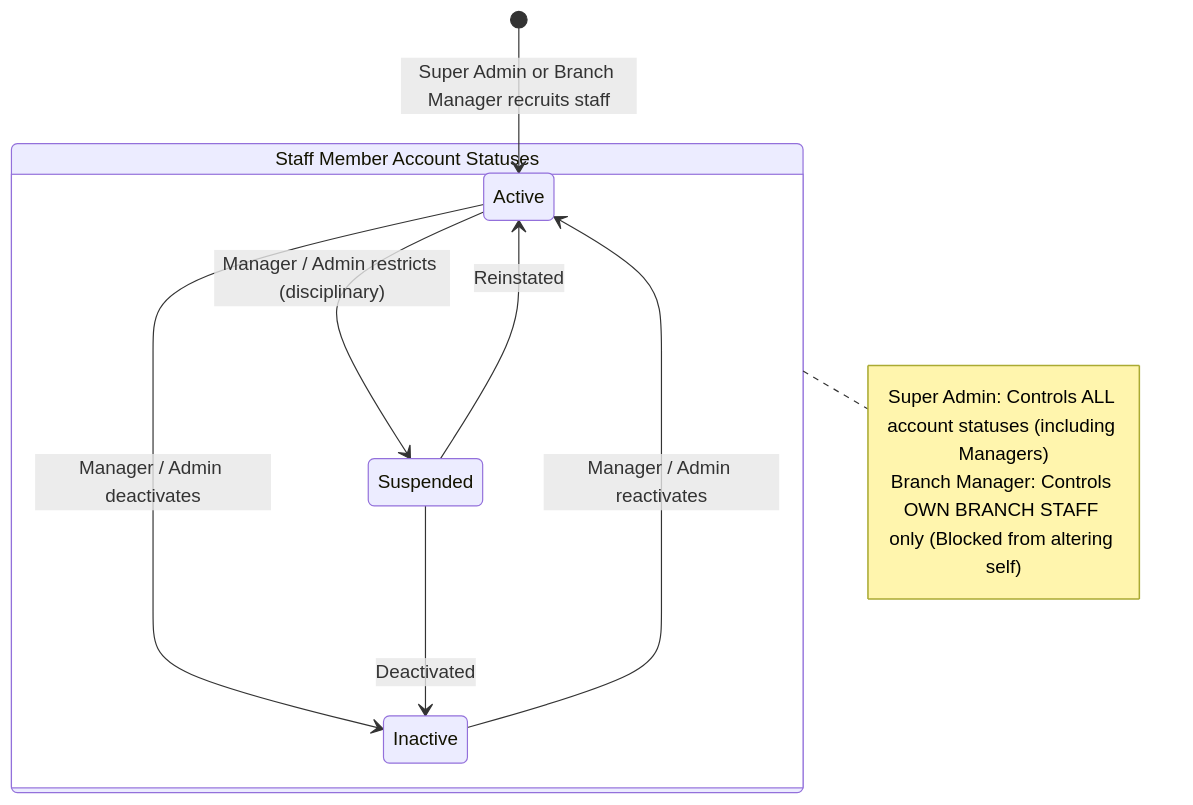
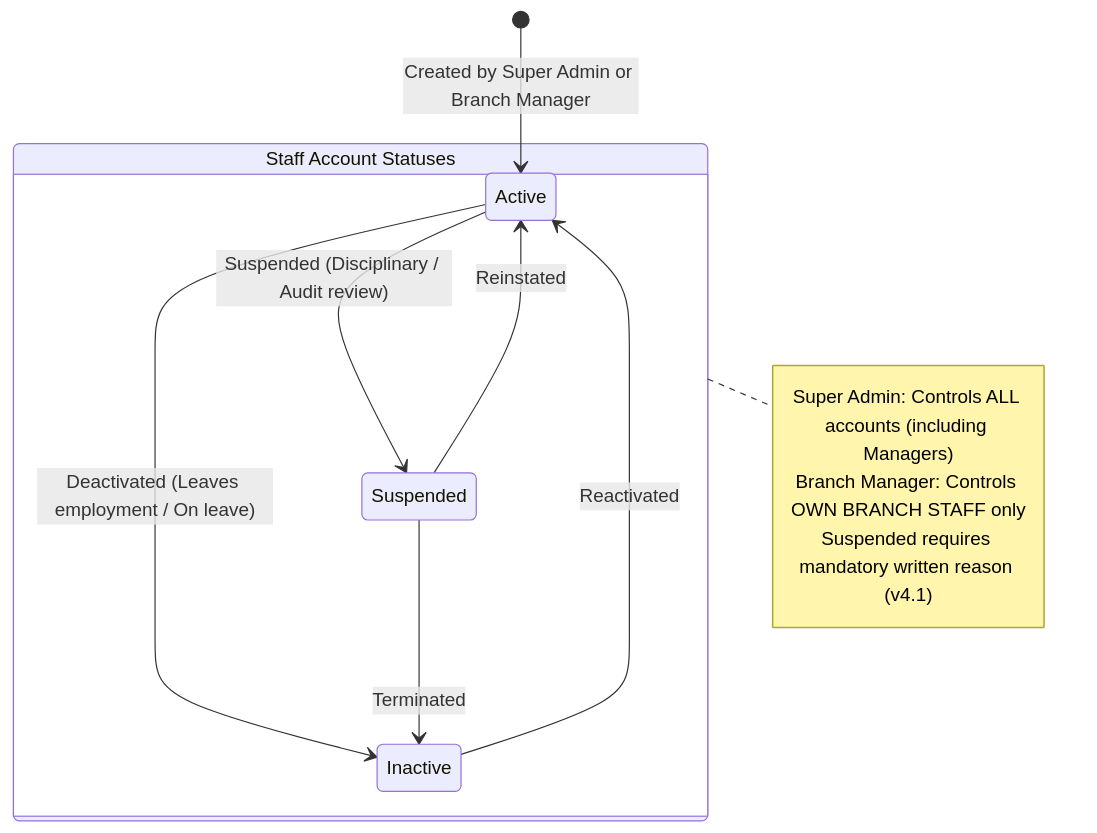
The fourth of 7 diagrams in SYSTEM_DOCUMENTATION.md (niga-star/Kenean-Cake-and-bread-), drawn with Mermaid before and after one commit. The commit also changed other lines of this file, not shown here.

Commit message:
Update SYSTEM_DOCUMENTATION to v4.1 Revised: 14 defect resolutions, dispatch engine, 2-factor tracking, RBAC matrix, and schema enhancements

````diff
--- a/SYSTEM_DOCUMENTATION.md
+++ b/SYSTEM_DOCUMENTATION.md
@@ -225,17 +240,18 @@
 ```mermaid
 stateDiagram-v2
-    [*] --> Active: Super Admin or Branch Manager recruits staff
+    [*] --> Active: Created by Super Admin or Branch Manager
 
-    state "Staff Member Account Statuses" as S {
-        Active --> Inactive: Manager / Admin deactivates
-        Inactive --> Active: Manager / Admin reactivates
-        Active --> Suspended: Manager / Admin restricts (disciplinary)
+    state "Staff Account Statuses" as S {
+        Active --> Inactive: Deactivated (Leaves employment / On leave)
+        Inactive --> Active: Reactivated
+        Active --> Suspended: Suspended (Disciplinary / Audit review)
         Suspended --> Active: Reinstated
-        Suspended --> Inactive: Deactivated
+        Suspended --> Inactive: Terminated
     }
 
     note right of S
-        Super Admin: Controls ALL account statuses (including Managers)
-        Branch Manager: Controls OWN BRANCH STAFF only (Blocked from altering self)
+        Super Admin: Controls ALL accounts (including Managers)
+        Branch Manager: Controls OWN BRANCH STAFF only
+        Suspended requires mandatory written reason (v4.1)
     end note
 ```
````
